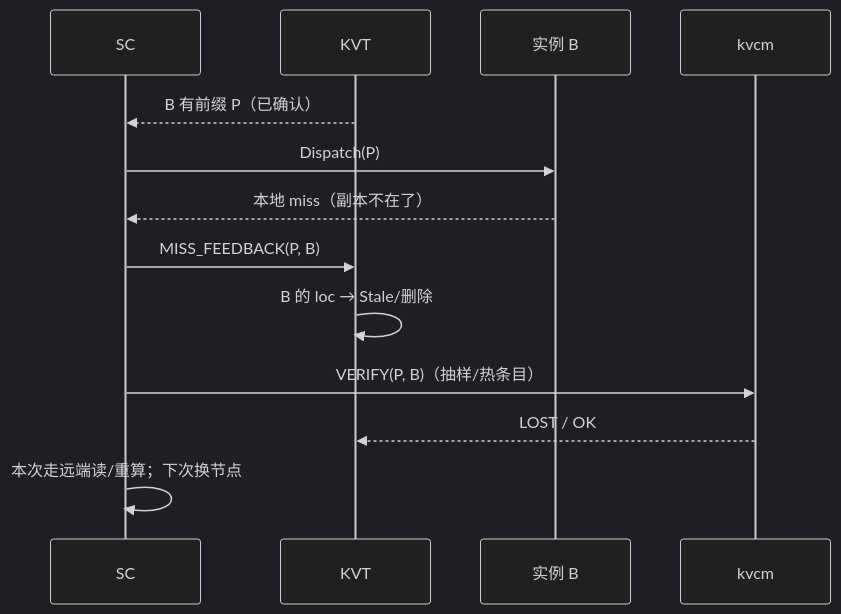
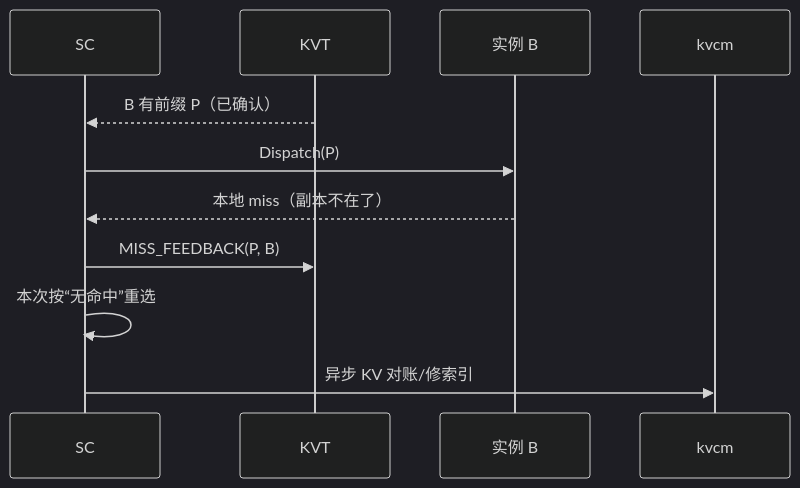
The eighth of 9 diagrams in kvcm/design/D8b-scheduling-sequences.md (5x8-40/lake), drawn with Mermaid (dark theme) before and after one commit. The commit also changed other lines of this file, not shown here.

````diff
--- a/kvcm/design/D8b-scheduling-sequences.md
+++ b/kvcm/design/D8b-scheduling-sequences.md
@@ -230,16 +214,14 @@
 ```mermaid
 sequenceDiagram
     participant R as SC
     participant KVT as KVT
     participant W as 实例 B
     participant K as kvcm
 
     KVT-->>R: B 有前缀 P（已确认）
     R->>W: Dispatch(P)
     W-->>R: 本地 miss（副本不在了）
     R->>KVT: MISS_FEEDBACK(P, B)
-    KVT->>KVT: B 的 loc → Stale/删除
-    R->>K: VERIFY(P, B)（抽样/热条目）
-    K-->>KVT: LOST / OK
-    R->>R: 本次走远端读/重算；下次换节点
+    R->>R: 本次按“无命中”重选
+    R->>K: 异步 KV 对账/修索引
 ```
````
